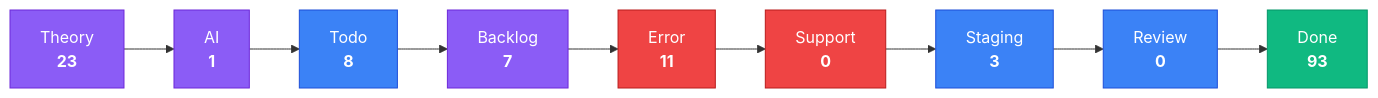
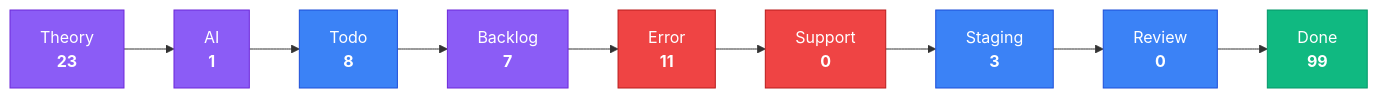
One commit to KBVE/kbve changed the third of 4 diagrams in apps/kbve/astro-kbve/src/content/docs/dashboard/kanban-data.mdx. Above: the diagram before and after it, drawn with Mermaid. The commit also changed other lines of this file and 8 other files, not shown here.

````diff
--- a/apps/kbve/astro-kbve/src/content/docs/dashboard/kanban-data.mdx
+++ b/apps/kbve/astro-kbve/src/content/docs/dashboard/kanban-data.mdx
@@ -79,28 +79,28 @@
 ```mermaid
 flowchart LR
     classDef planning fill:#8b5cf6,stroke:#6d28d9,color:#fff
     classDef active fill:#3b82f6,stroke:#1d4ed8,color:#fff
     classDef blocked fill:#ef4444,stroke:#b91c1c,color:#fff
     classDef done fill:#10b981,stroke:#059669,color:#fff
     Theory["Theory<br/><strong>23</strong>"]
     Theory --> AI
     AI["AI<br/><strong>1</strong>"]
     AI --> Todo
     Todo["Todo<br/><strong>8</strong>"]
     Todo --> Backlog
     Backlog["Backlog<br/><strong>7</strong>"]
     Backlog --> Error
     Error["Error<br/><strong>11</strong>"]
     Error --> Support
     Support["Support<br/><strong>0</strong>"]
     Support --> Staging
     Staging["Staging<br/><strong>3</strong>"]
     Staging --> Review
     Review["Review<br/><strong>0</strong>"]
     Review --> Done
-    Done["Done<br/><strong>93</strong>"]
+    Done["Done<br/><strong>99</strong>"]
     class Theory,AI,Backlog planning
     class Todo,Staging,Review active
     class Error,Support blocked
     class Done done
 ```
````
